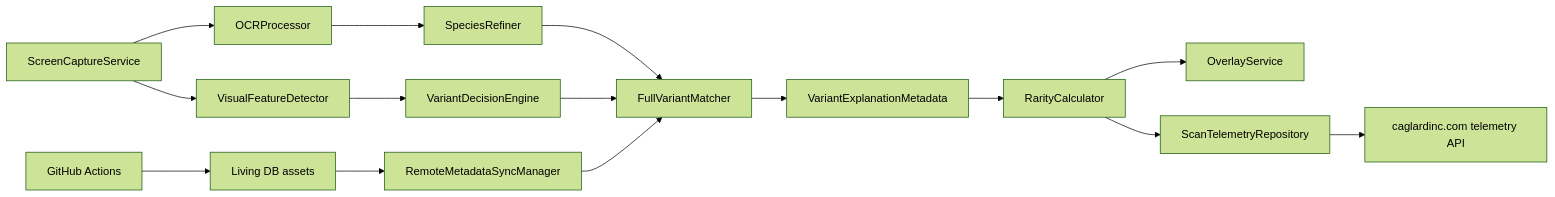
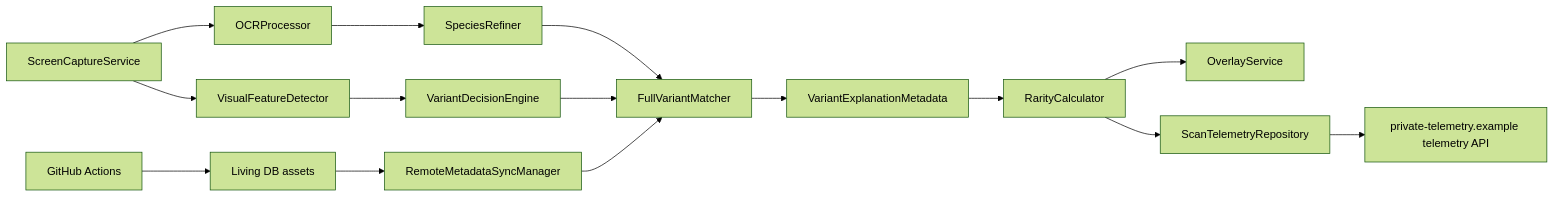
The diagram in README.md (chaglaruk/PokemonRarityScanner), drawn with Mermaid (forest theme) before and after one commit. The commit also changed other lines of this file and 3 other files, not shown here.

````diff
--- a/README.md
+++ b/README.md
@@ -51,17 +51,17 @@
 ```mermaid
 flowchart LR
     A[ScreenCaptureService] --> B[OCRProcessor]
     A --> C[VisualFeatureDetector]
     B --> D[SpeciesRefiner]
     C --> E[VariantDecisionEngine]
     D --> F[FullVariantMatcher]
     E --> F
     F --> G[VariantExplanationMetadata]
     G --> H[RarityCalculator]
     H --> I[OverlayService]
     H --> J[ScanTelemetryRepository]
-    J --> K[caglardinc.com telemetry API]
+    J --> K[private-telemetry.example telemetry API]
     L[GitHub Actions] --> M[Living DB assets]
     M --> N[RemoteMetadataSyncManager]
     N --> F
 ```
````
